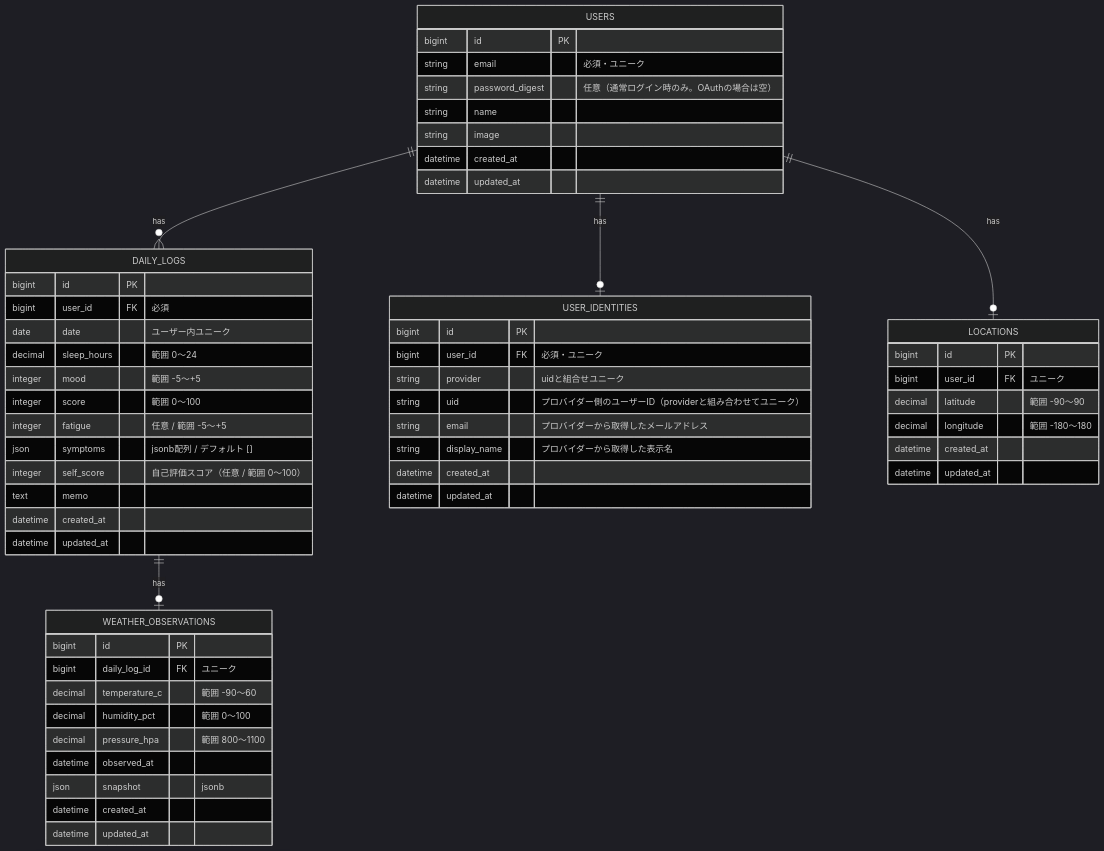
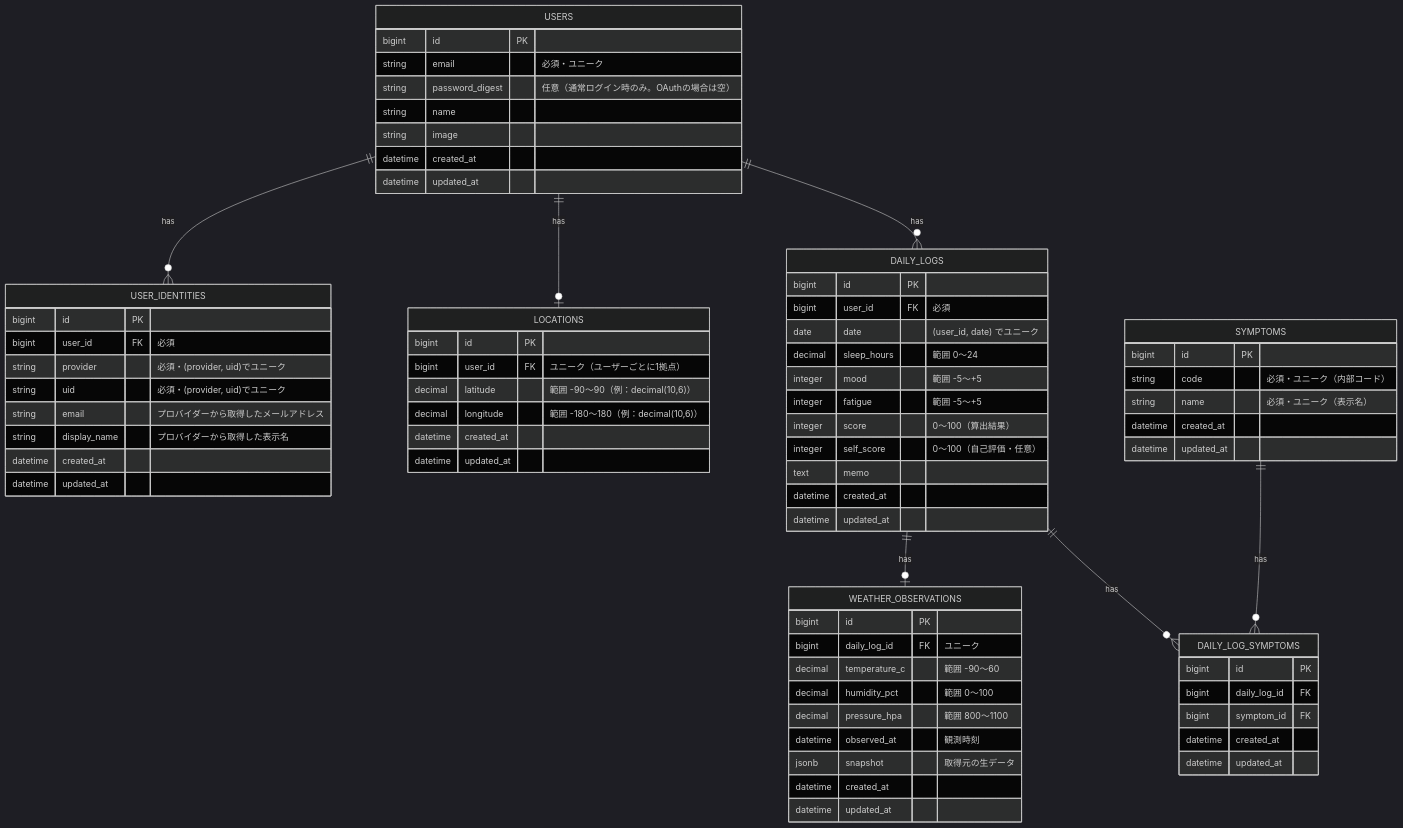
Before and after one commit to kanno114/Climode: the diagram in README.md, drawn with Mermaid (dark theme).

Commit message:
docs: READMEのER図を修正

````diff
--- a/README.md
+++ b/README.md
@@ -153,65 +153,82 @@
 ``` Mermaid
 erDiagram
+  USERS ||--o{ USER_IDENTITIES : has
+  USERS ||--o| LOCATIONS : has
   USERS ||--o{ DAILY_LOGS : has
-  USERS ||--o| USER_IDENTITIES : has
-  USERS ||--o| LOCATIONS : has
   DAILY_LOGS ||--o| WEATHER_OBSERVATIONS : has
+  DAILY_LOGS ||--o{ DAILY_LOG_SYMPTOMS : has
+  SYMPTOMS ||--o{ DAILY_LOG_SYMPTOMS : has
 
   USERS {
     bigint   id PK
     string   email "必須・ユニーク"
     string   password_digest "任意（通常ログイン時のみ。OAuthの場合は空）"
     string   name
     string   image
     datetime created_at
     datetime updated_at
   }
 
   USER_IDENTITIES {
     bigint   id PK
-    bigint   user_id FK "必須・ユニーク"
-    string   provider "uidと組合せユニーク"
-    string   uid      "プロバイダー側のユーザーID（providerと組み合わせてユニーク）"
+    bigint   user_id FK "必須"
+    string   provider "必須・(provider, uid)でユニーク"
+    string   uid      "必須・(provider, uid)でユニーク"
     string   email    "プロバイダーから取得したメールアドレス"
     string   display_name  "プロバイダーから取得した表示名"
     datetime created_at
     datetime updated_at
   }
 
   LOCATIONS {
     bigint   id PK
-    bigint   user_id FK "ユニーク"
-    decimal  latitude "範囲 -90〜90"
-    decimal  longitude "範囲 -180〜180"
+    bigint   user_id FK "ユニーク（ユーザーごとに1拠点）"
+    decimal  latitude  "範囲 -90〜90（例：decimal(10,6)）"
+    decimal  longitude "範囲 -180〜180（例：decimal(10,6)）"
     datetime created_at
     datetime updated_at
   }
 
   DAILY_LOGS {
     bigint   id PK
     bigint   user_id FK "必須"
-    date     date "ユーザー内ユニーク"
+    date     date "(user_id, date) でユニーク"
     decimal  sleep_hours "範囲 0〜24"
     integer  mood "範囲 -5〜+5"
-    integer  score "範囲 0〜100"
-    integer  fatigue "任意 / 範囲 -5〜+5"
-    json     symptoms "jsonb配列 / デフォルト []"
-    integer  self_score "自己評価スコア（任意 / 範囲 0〜100）"
+    integer  fatigue "範囲 -5〜+5"
+    integer  score "0〜100（算出結果）"
+    integer  self_score "0〜100（自己評価・任意）"
     text     memo
     datetime created_at
     datetime updated_at
   }
 
   WEATHER_OBSERVATIONS {
     bigint   id PK
     bigint   daily_log_id FK "ユニーク"
     decimal  temperature_c "範囲 -90〜60"
-    decimal  humidity_pct "範囲 0〜100"
-    decimal  pressure_hpa "範囲 800〜1100"
-    datetime observed_at
-    json     snapshot    "jsonb"
+    decimal  humidity_pct  "範囲 0〜100"
+    decimal  pressure_hpa  "範囲 800〜1100"
+    datetime observed_at "観測時刻"
+    jsonb    snapshot "取得元の生データ"
+    datetime created_at
+    datetime updated_at
+  }
+
+  DAILY_LOG_SYMPTOMS {
+    bigint   id PK
+    bigint   daily_log_id FK
+    bigint   symptom_id   FK
+    datetime created_at
+    datetime updated_at
+  }
+
+  SYMPTOMS {
+    bigint   id PK
+    string   code "必須・ユニーク（内部コード）"
+    string   name "必須・ユニーク（表示名）"
     datetime created_at
     datetime updated_at
   }
 
 ```
````
